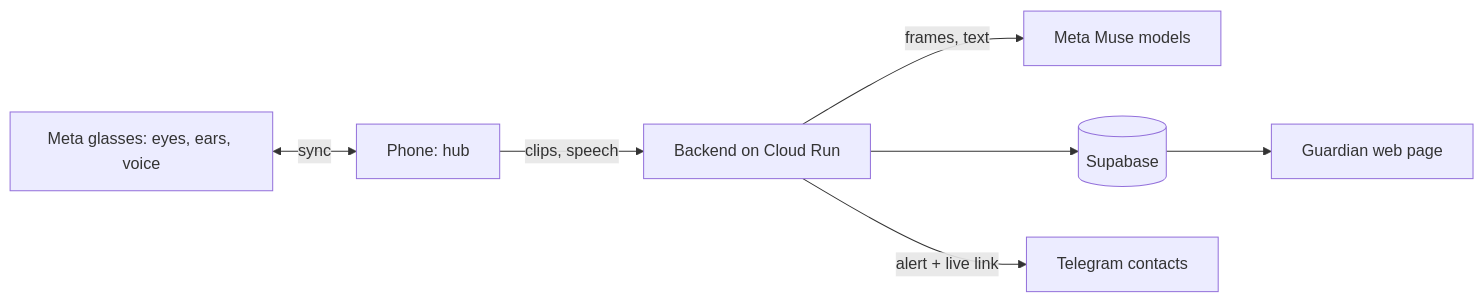
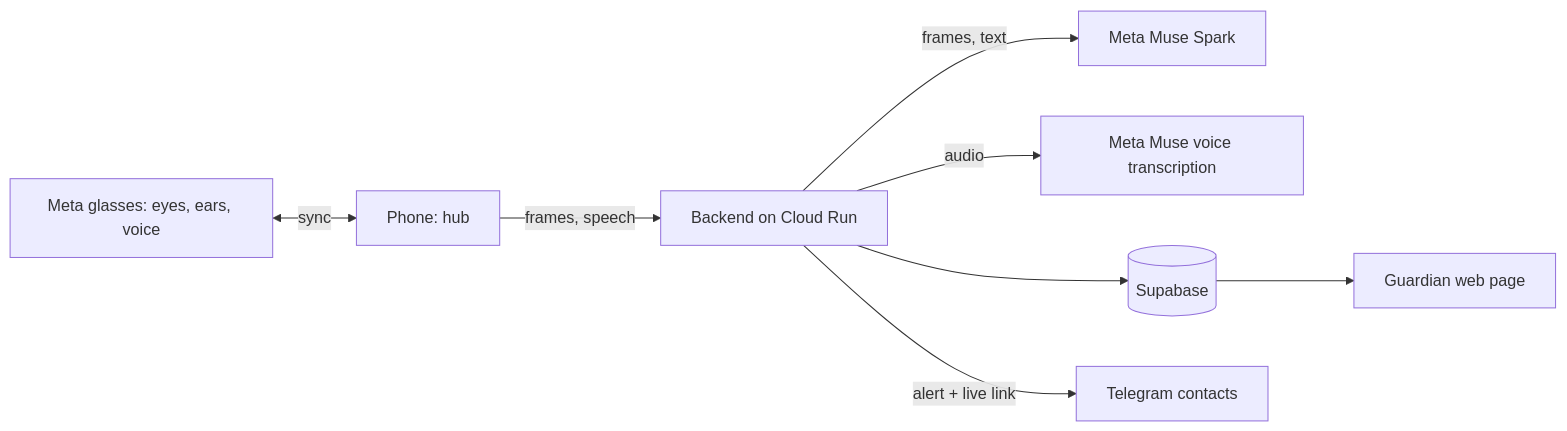
Before and after one commit to ujj14kal/safeguard: the diagram in README.md, drawn with Mermaid. The commit also changed other lines of this file and 9 other files, not shown here.

````diff
--- a/README.md
+++ b/README.md
@@ -60,9 +71,10 @@
 ```mermaid
 flowchart LR
   G[Meta glasses: eyes, ears, voice] <-->|sync| P[Phone: hub]
-  P -->|clips, speech| B[Backend on Cloud Run]
-  B -->|frames, text| M[Meta Muse models]
+  P -->|frames, speech| B[Backend on Cloud Run]
+  B -->|frames, text| M[Meta Muse Spark]
+  B -->|audio| A[Meta Muse voice transcription]
   B --> S[(Supabase)]
   B -->|alert + live link| T[Telegram contacts]
   S --> W[Guardian web page]
 ```
````
